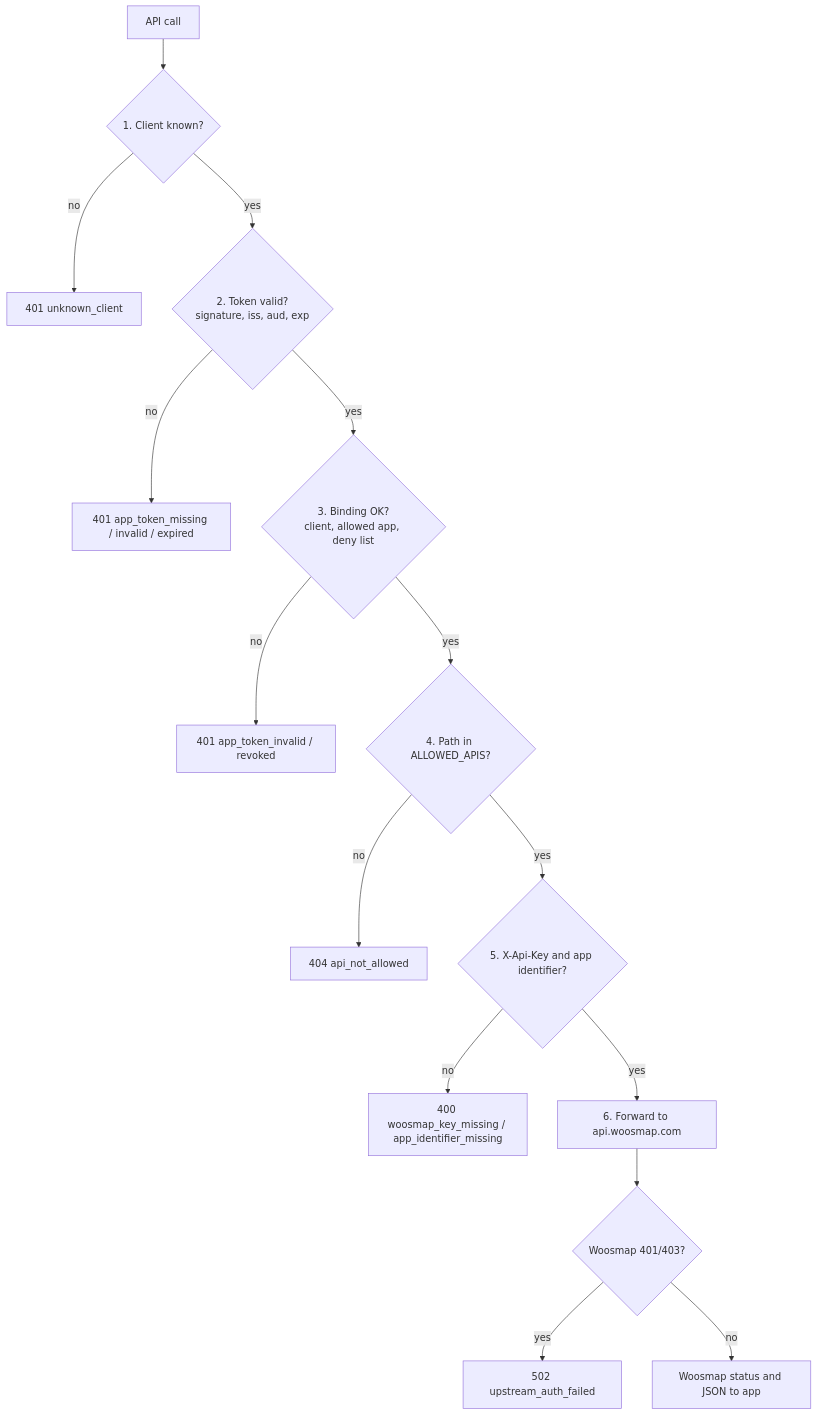
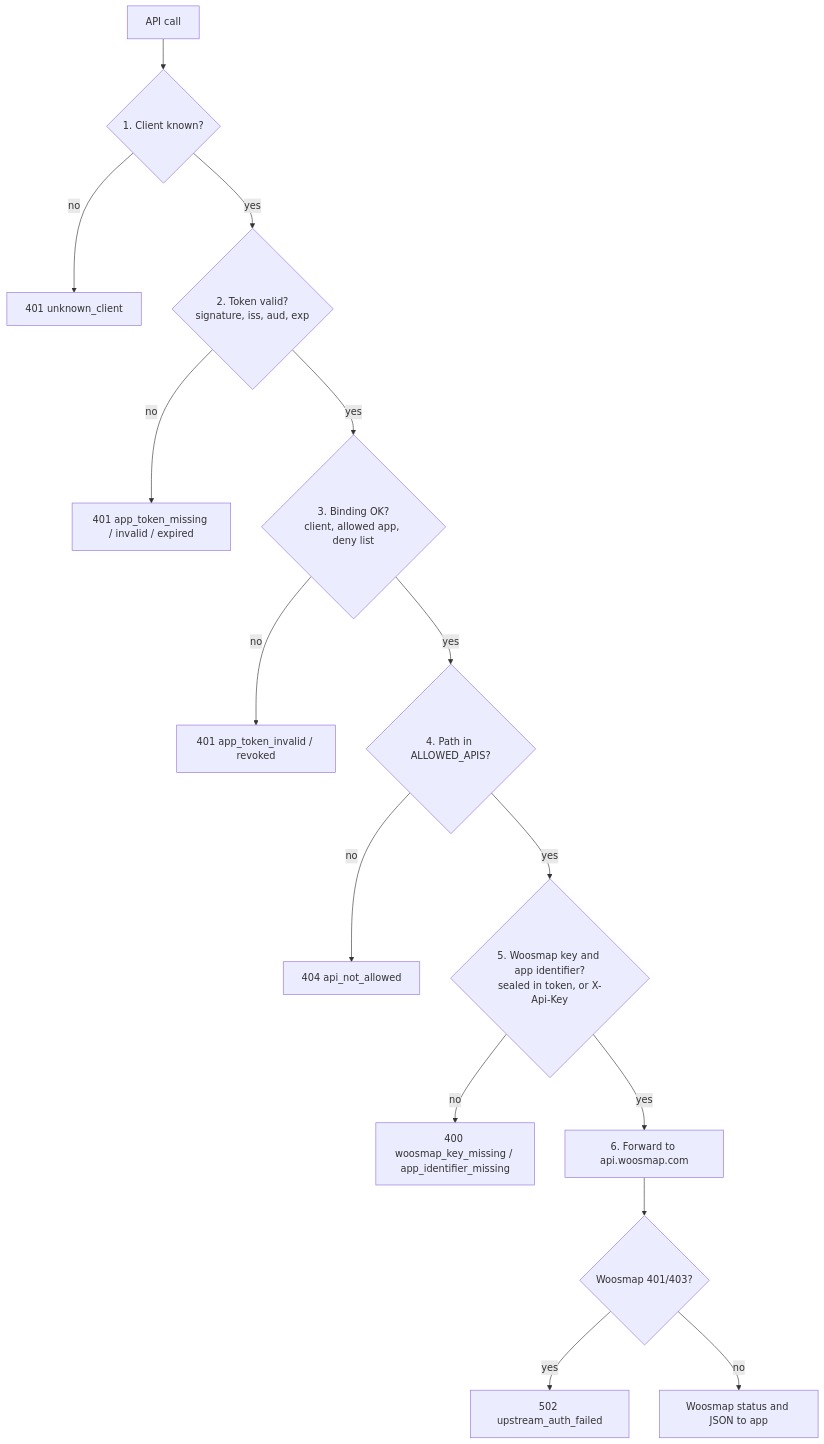
The second of 2 diagrams in docs/architecture.md (sameerdhulap/attestation), drawn with Mermaid before and after one commit. The commit also changed other lines of this file and 12 other files, not shown here.

First line of the commit message:
Seal the app's Woosmap key inside its app token

````diff
--- a/docs/architecture.md
+++ b/docs/architecture.md
@@ -71,17 +81,17 @@
 ```mermaid
 flowchart TD
     A[API call] --> B{1. Client known?}
     B -- no --> R1[401 unknown_client]
     B -- yes --> C{2. Token valid?<br/>signature, iss, aud, exp}
     C -- no --> R2[401 app_token_missing / invalid / expired]
     C -- yes --> D{3. Binding OK?<br/>client, allowed app, deny list}
     D -- no --> R3[401 app_token_invalid / revoked]
     D -- yes --> E{4. Path in ALLOWED_APIS?}
     E -- no --> R4[404 api_not_allowed]
-    E -- yes --> F{5. X-Api-Key and app identifier?}
+    E -- yes --> F{5. Woosmap key and app identifier?<br/>sealed in token, or X-Api-Key}
     F -- no --> R5[400 woosmap_key_missing / app_identifier_missing]
     F -- yes --> G[6. Forward to api.woosmap.com]
     G --> H{Woosmap 401/403?}
     H -- yes --> R6[502 upstream_auth_failed]
     H -- no --> I[Woosmap status and JSON to app]
 ```
````
